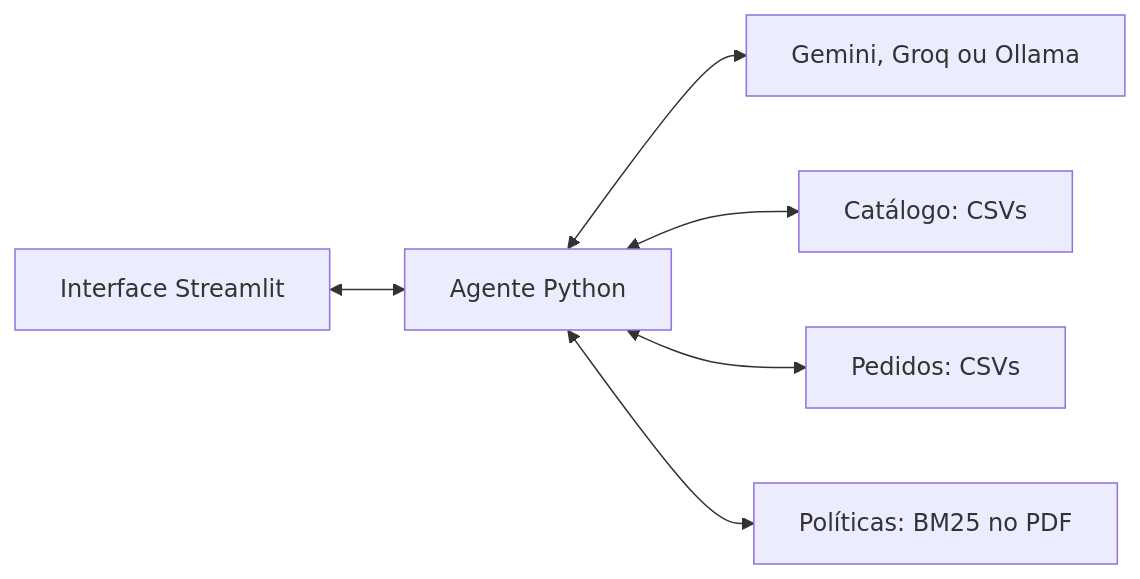
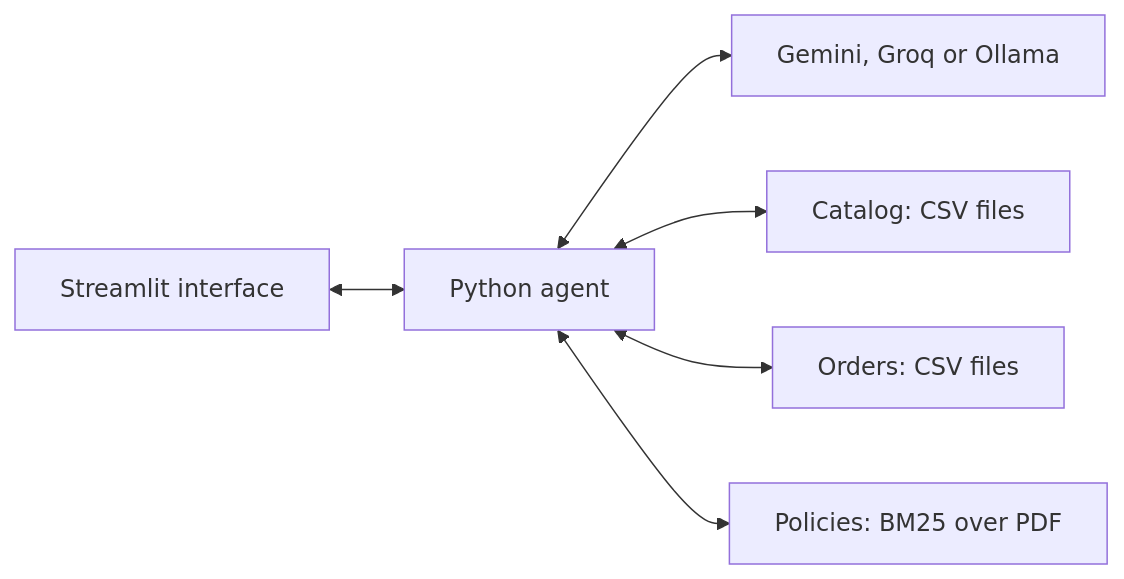
One commit to LuccasBassani/emporio-agente changed the diagram in README.md. Above: the diagram before and after it, drawn with Mermaid. The commit also changed other lines of this file and 22 other files, not shown here.

````diff
--- a/README.md
+++ b/README.md
@@ -17,8 +17,8 @@
 ```mermaid
 flowchart LR
-    UI[Interface Streamlit] <--> AG[Agente Python]
-    AG <--> LLM[Gemini, Groq ou Ollama]
-    AG <--> CAT[Catálogo: CSVs]
-    AG <--> ORD[Pedidos: CSVs]
-    AG <--> RAG[Políticas: BM25 no PDF]
+    UI[Streamlit interface] <--> AG[Python agent]
+    AG <--> LLM[Gemini, Groq or Ollama]
+    AG <--> CAT[Catalog: CSV files]
+    AG <--> ORD[Orders: CSV files]
+    AG <--> RAG[Policies: BM25 over PDF]
 ```
````
